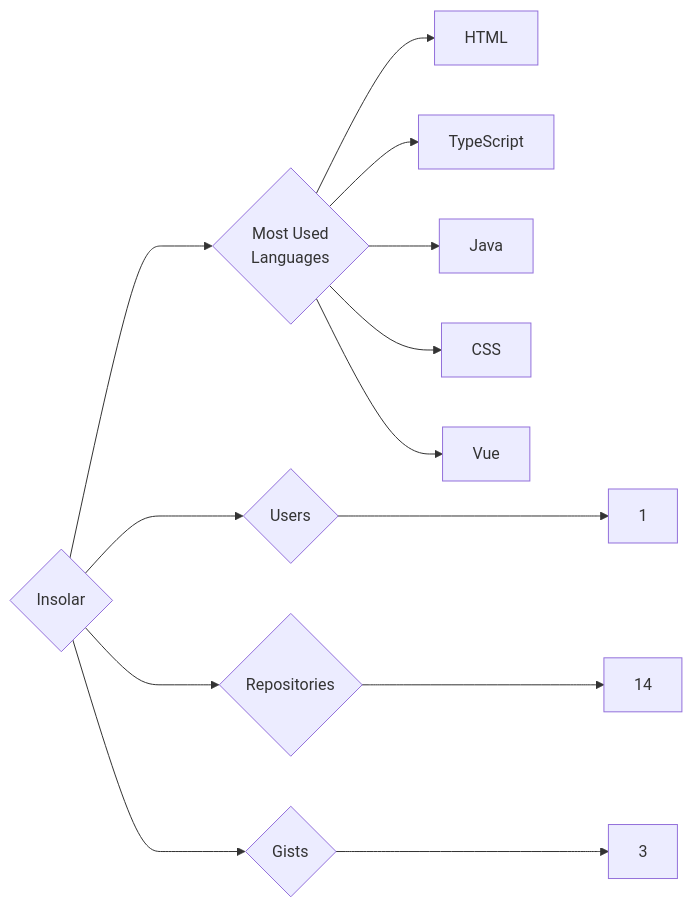
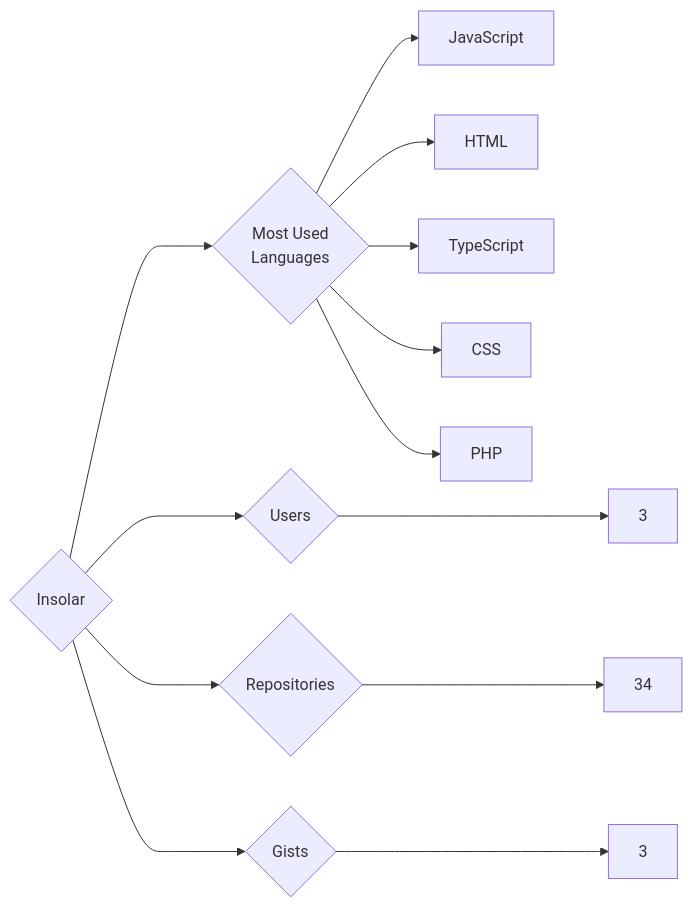
The diagram in targets/Insolar/README.md (trickest/insiders), drawn with Mermaid before and after one commit. The commit also changed 814 other files, not shown here.

````diff
--- a/targets/Insolar/README.md
+++ b/targets/Insolar/README.md
@@ -3,13 +3,13 @@
 ```mermaid
 graph LR
 COMPANY_NAME{Insolar}
-COMPANY_NAME ---> U{Users} ---> UN[1]
-COMPANY_NAME ---> R{Repositories} ---> RN[14]
+COMPANY_NAME ---> U{Users} ---> UN[3]
+COMPANY_NAME ---> R{Repositories} ---> RN[34]
 COMPANY_NAME ---> G{Gists} ---> GN[3]
 COMPANY_NAME ---> ML{Most Used<br>Languages}
+ML --> JavaScript[JavaScript]
 ML --> HTML[HTML]
 ML --> TypeScript[TypeScript]
-ML --> Java[Java]
 ML --> CSS[CSS]
-ML --> Vue[Vue]
+ML --> PHP[PHP]
 ```
````
